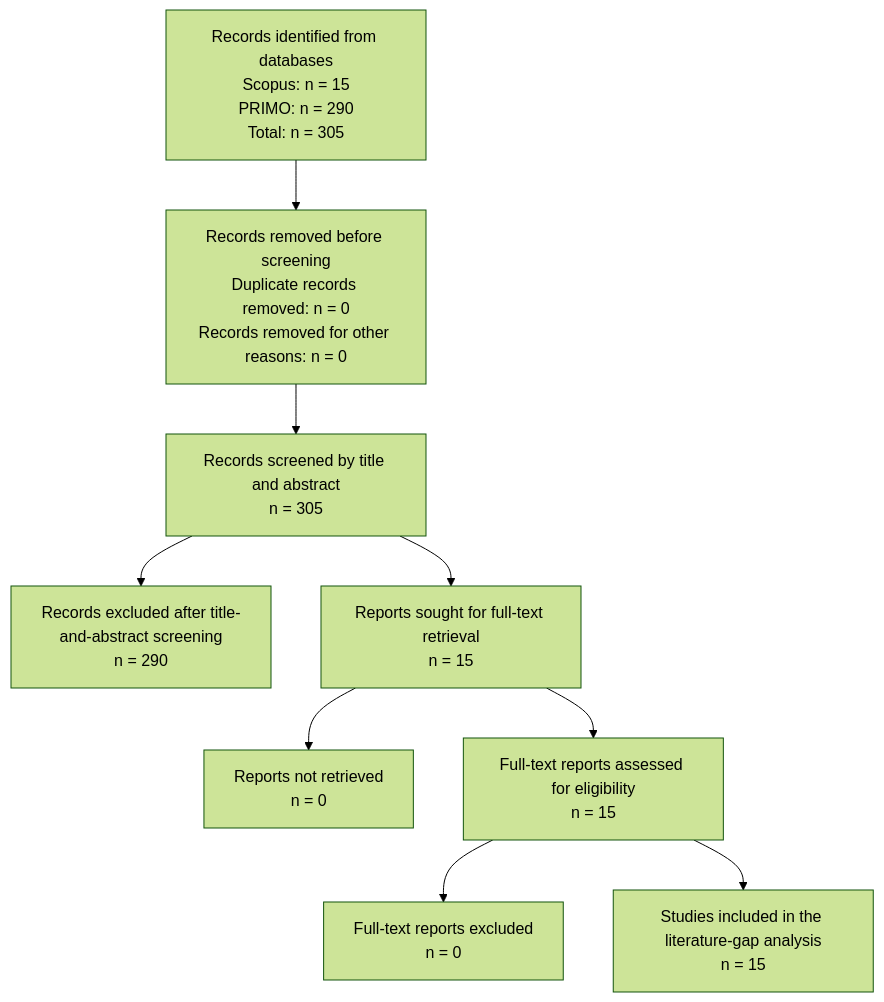
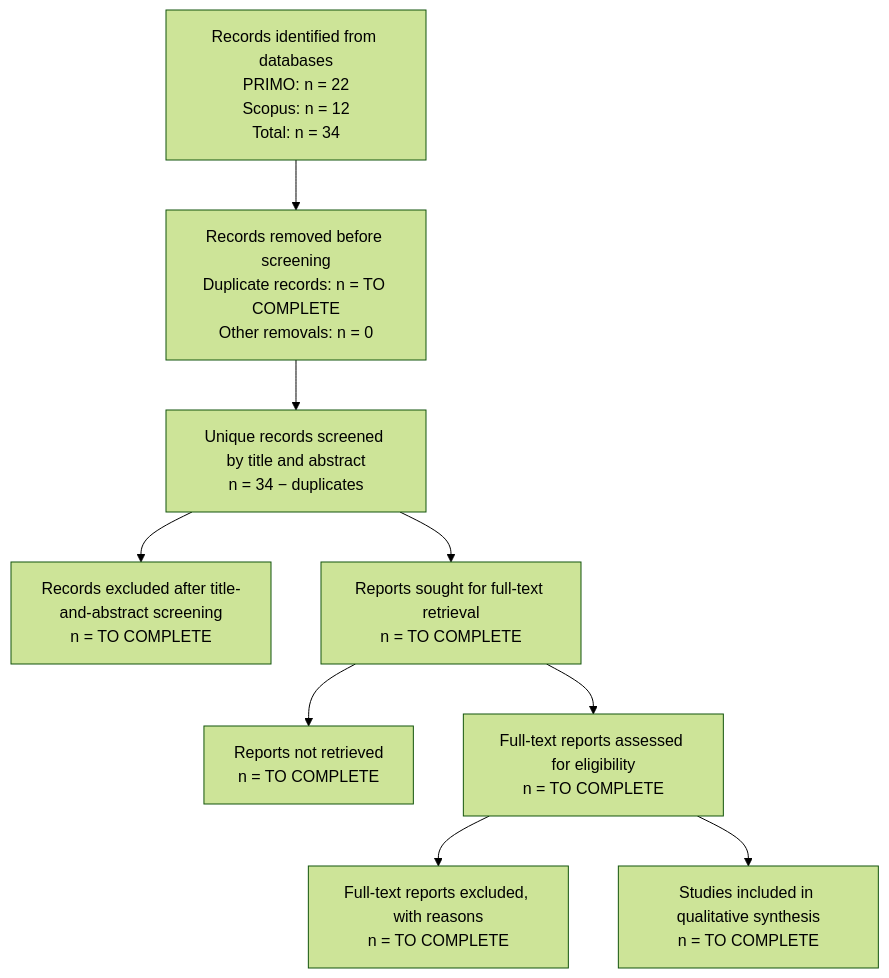
The diagram in 04_literature/gap_analysis.md (ayshibashi/unmsm-research-methods-angela-yshibashi), drawn with Mermaid (forest theme) before and after one commit. The commit also changed other lines of this file, not shown here.

First line of the commit message:
Revise literature review and search strategy for clarity

````diff
--- a/04_literature/gap_analysis.md
+++ b/04_literature/gap_analysis.md
@@ -342,29 +339,29 @@
 ```mermaid
 flowchart TD
-    A["Records identified from databases<br/>Scopus: n = 15<br/>PRIMO: n = 290<br/>Total: n = 305"]
+    A["Records identified from databases<br/>PRIMO: n = 22<br/>Scopus: n = 12<br/>Total: n = 34"]
 
-    B["Records removed before screening<br/>Duplicate records removed: n = 0<br/>Records removed for other reasons: n = 0"]
+    B["Records removed before screening<br/>Duplicate records: n = TO COMPLETE<br/>Other removals: n = 0"]
 
-    C["Records screened by title and abstract<br/>n = 305"]
+    C["Unique records screened by title and abstract<br/>n = 34 − duplicates"]
 
-    D["Records excluded after title-and-abstract screening<br/>n = 290"]
+    D["Records excluded after title-and-abstract screening<br/>n = TO COMPLETE"]
 
-    E["Reports sought for full-text retrieval<br/>n = 15"]
+    E["Reports sought for full-text retrieval<br/>n = TO COMPLETE"]
 
-    F["Reports not retrieved<br/>n = 0"]
+    F["Reports not retrieved<br/>n = TO COMPLETE"]
 
-    G["Full-text reports assessed for eligibility<br/>n = 15"]
+    G["Full-text reports assessed for eligibility<br/>n = TO COMPLETE"]
 
-    H["Full-text reports excluded<br/>n = 0"]
+    H["Full-text reports excluded, with reasons<br/>n = TO COMPLETE"]
 
-    I["Studies included in the literature-gap analysis<br/>n = 15"]
+    I["Studies included in qualitative synthesis<br/>n = TO COMPLETE"]
 
     A --> B
     B --> C
     C --> D
     C --> E
     E --> F
     E --> G
     G --> H
     G --> I
 ```
````
